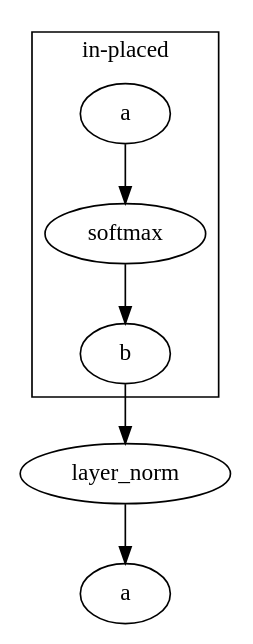
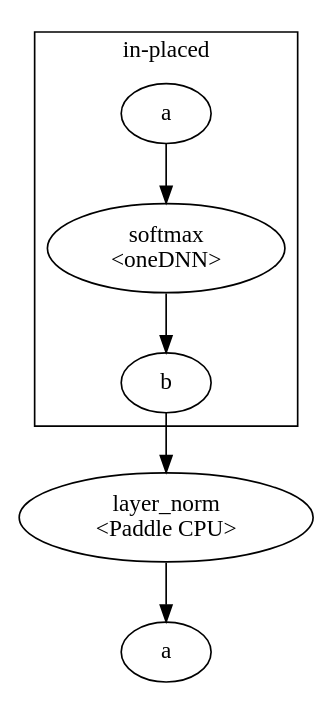
The diagram in doc/fluid/design/mkldnn/inplace/scripts/unwanted-inplace.dot (PaddlePaddle/docs), drawn with Graphviz before and after one commit. The commit also changed 2 other files, not shown here.

```diff
--- a/doc/fluid/design/mkldnn/inplace/scripts/unwanted-inplace.dot
+++ b/doc/fluid/design/mkldnn/inplace/scripts/unwanted-inplace.dot
@@ -1,17 +1,17 @@
 digraph G {
 
-  e1[label="softmax"]
-  e2[label="layer_norm"]
+  e1[label="softmax\n<oneDNN>"]
+  e2[label="layer_norm\n<Paddle CPU>"]
   
   c[label="b"]
   e[label="a"]
   subgraph cluster_0 {  
   label="in-placed"
   a -> e1
   e1 -> c
   }
   
   c -> e2
   e2 -> e
   
 }
```
